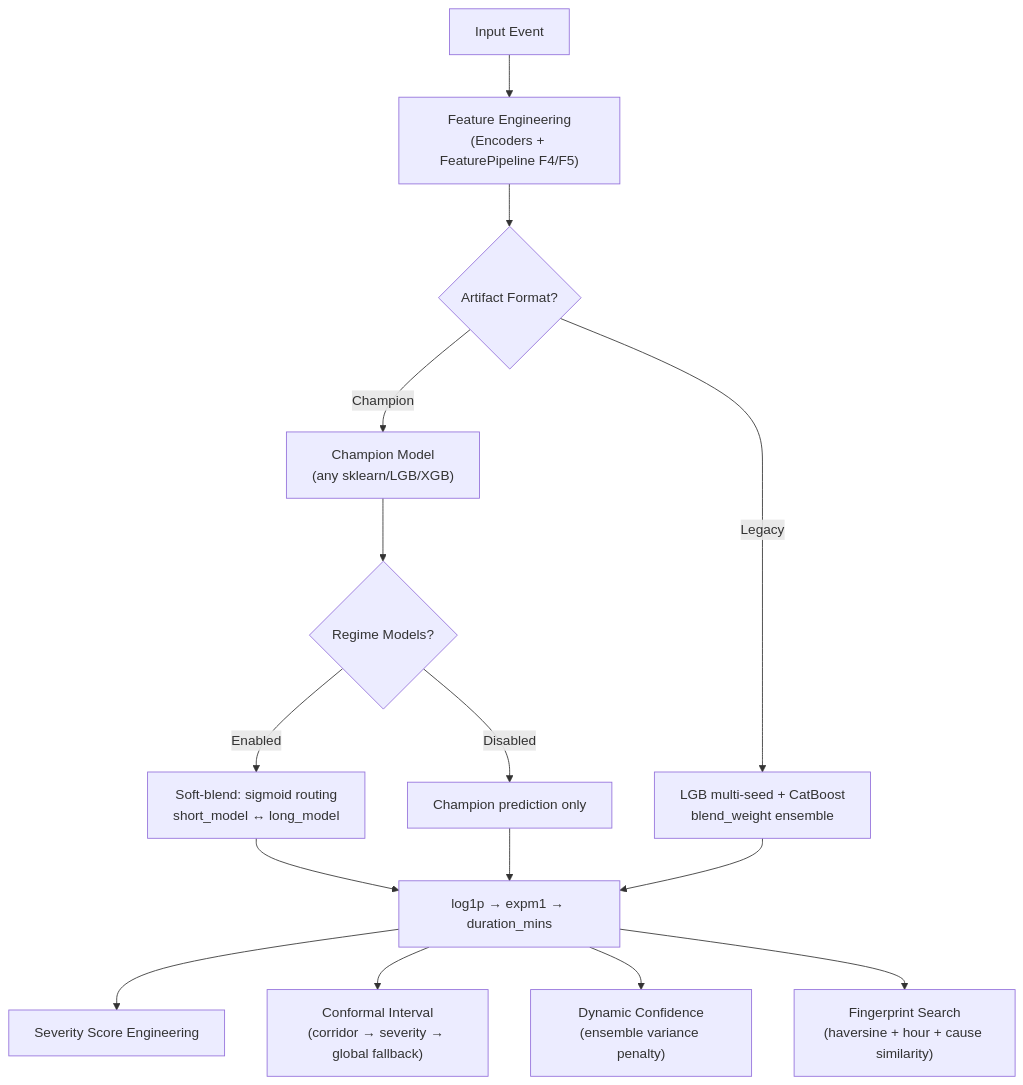
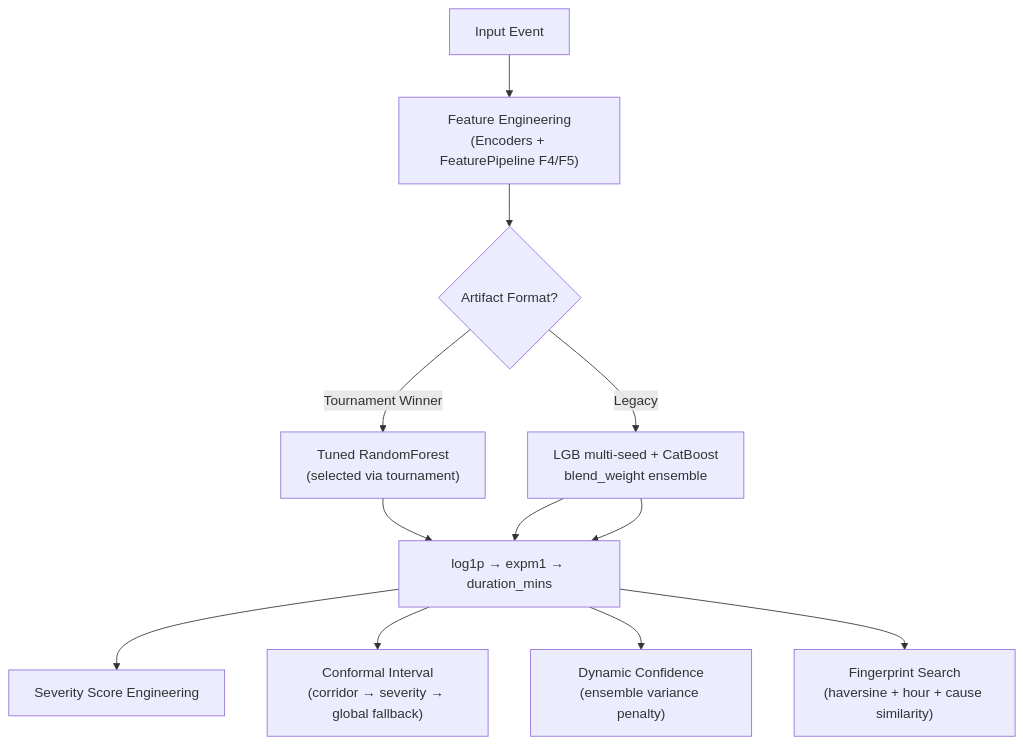
The third of 8 diagrams in README.md (veeddduuuu/gridlock_prototype), drawn with Mermaid before and after one commit. The commit also changed other lines of this file, not shown here.

````diff
--- a/README.md
+++ b/README.md
@@ -249,18 +249,15 @@
 ```mermaid
 
 graph TD
     A["Input Event"] --> B["Feature Engineering<br/>(Encoders + FeaturePipeline F4/F5)"]
     B --> C{"Artifact Format?"}
-    C -- "Champion" --> D["Champion Model<br/>(any sklearn/LGB/XGB)"]
+    C -- "Tournament Winner" --> D["Tuned RandomForest<br/>(selected via tournament)"]
     C -- "Legacy" --> E["LGB multi-seed + CatBoost<br/>blend_weight ensemble"]
-    D --> F{"Regime Models?"}
-    F -- "Enabled" --> G["Soft-blend: sigmoid routing<br/>short_model ↔ long_model"]
-    F -- "Disabled" --> H["Champion prediction only"]
-    G --> I["log1p → expm1 → duration_mins"]
-    H --> I
+    D --> I["log1p → expm1 → duration_mins"]
+    E --> I
     E --> I
     I --> J["Severity Score Engineering"]
     I --> K["Conformal Interval<br/>(corridor → severity → global fallback)"]
     I --> L["Dynamic Confidence<br/>(ensemble variance penalty)"]
     I --> M["Fingerprint Search<br/>(haversine + hour + cause similarity)"]
 ```
````
